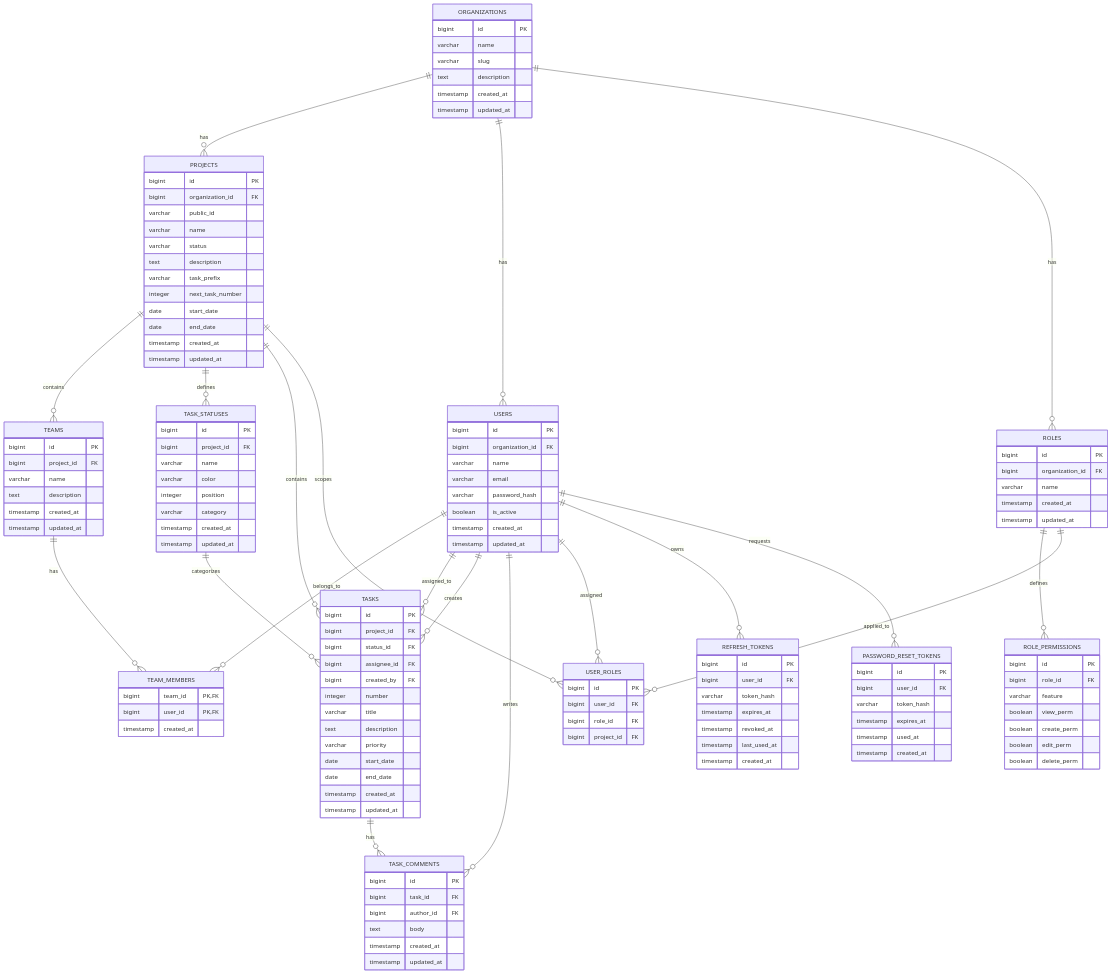
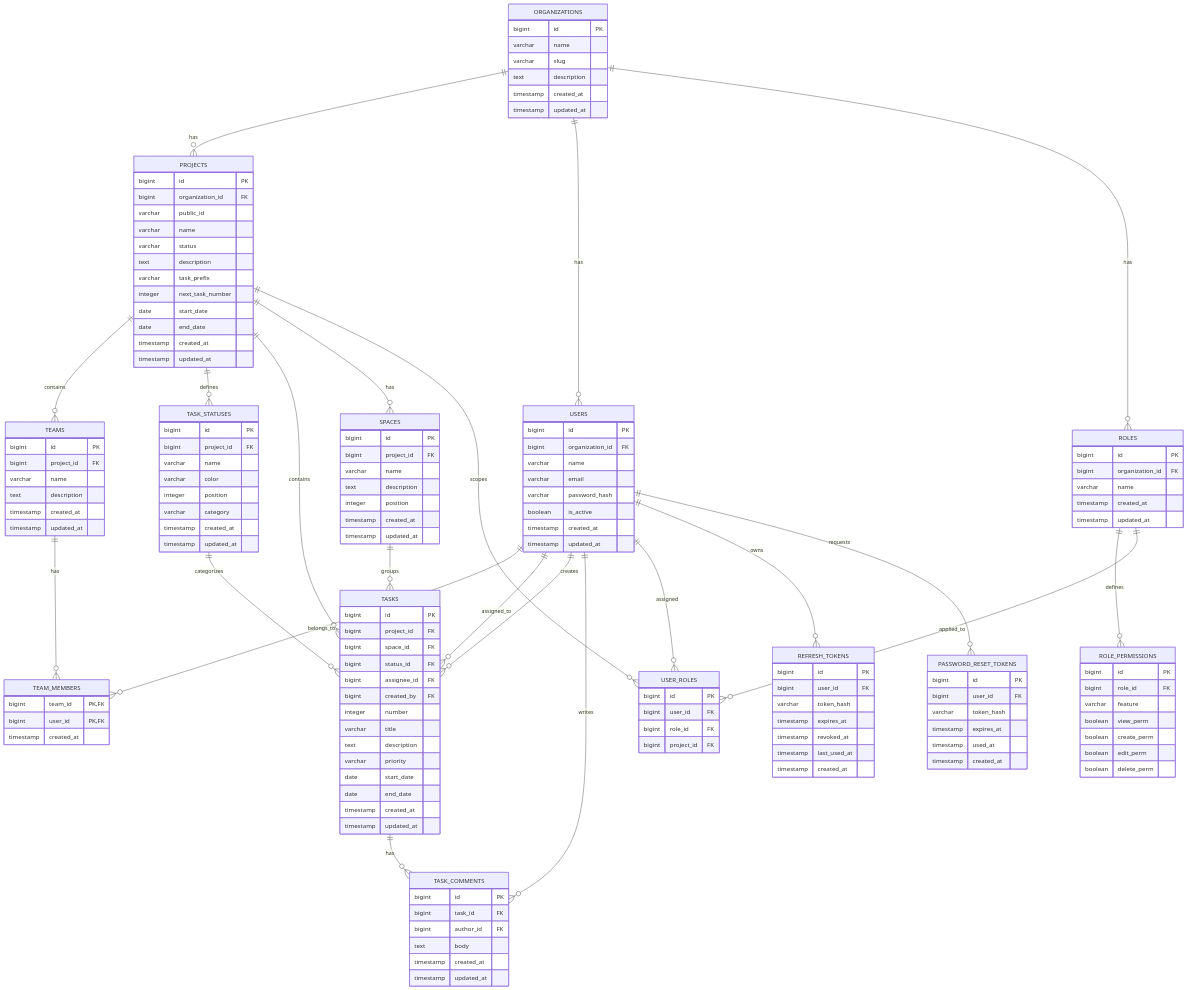
One commit to samyaklalan/task_management changed the diagram in docs/database.md. Above: the diagram before and after it, drawn with Mermaid. The commit also changed other lines of this file, not shown here.

Commit message:
docs(db): add spaces table between projects and tasks

```diff
--- a/docs/database.md
+++ b/docs/database.md
@@ -563,9 +613,19 @@
         timestamp created_at
         timestamp updated_at
     }
+    SPACES {
+        bigint id PK
+        bigint project_id FK
+        varchar name
+        text description
+        integer position
+        timestamp created_at
+        timestamp updated_at
+    }
     TASKS {
         bigint id PK
         bigint project_id FK
+        bigint space_id FK
         bigint status_id FK
         bigint assignee_id FK
         bigint created_by FK
@@ -632,6 +692,8 @@
     PROJECTS ||--o{ TEAMS : contains
     PROJECTS ||--o{ TASK_STATUSES : defines
     PROJECTS ||--o{ TASKS : contains
+    PROJECTS ||--o{ SPACES : has
+    SPACES ||--o{ TASKS : groups
     PROJECTS ||--o{ USER_ROLES : scopes
     TEAMS ||--o{ TEAM_MEMBERS : has
     USERS ||--o{ TEAM_MEMBERS : belongs_to
```
